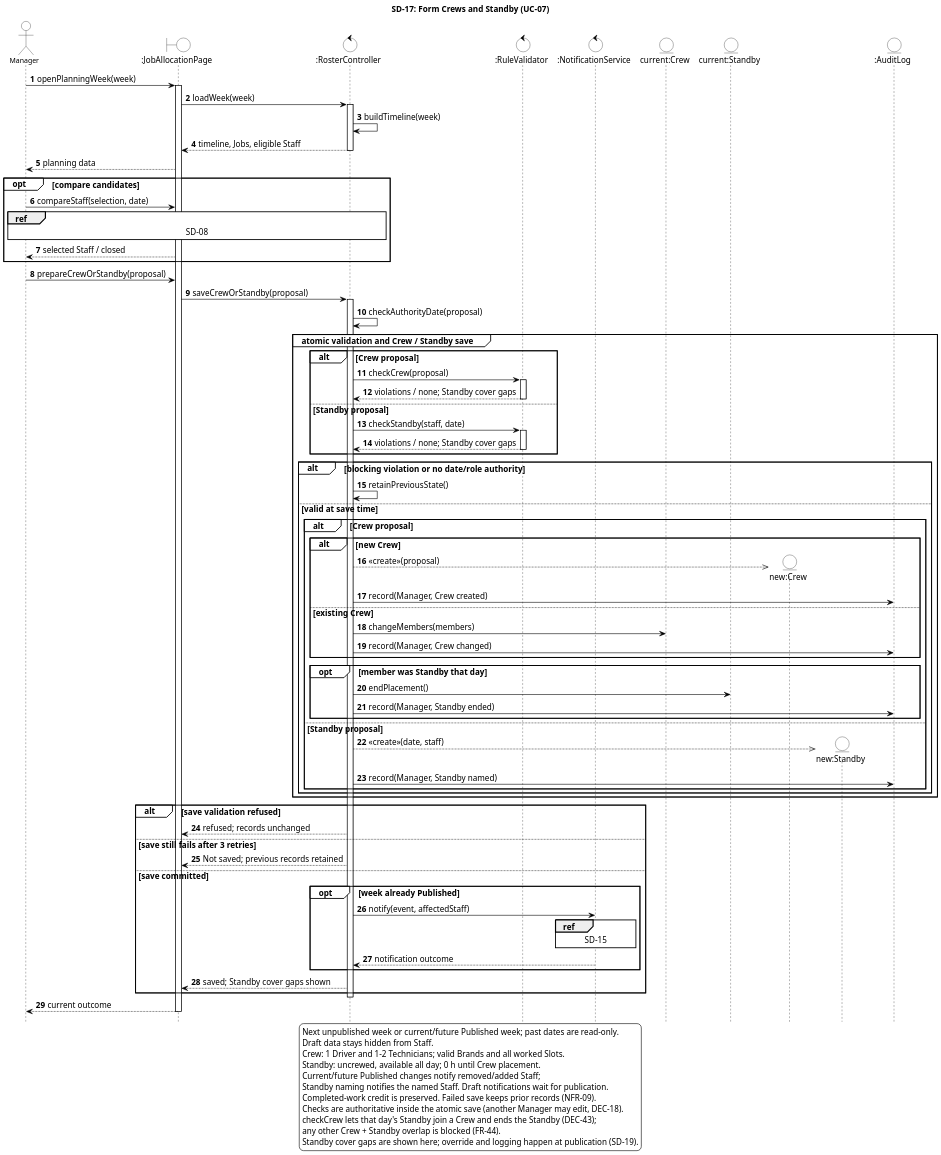
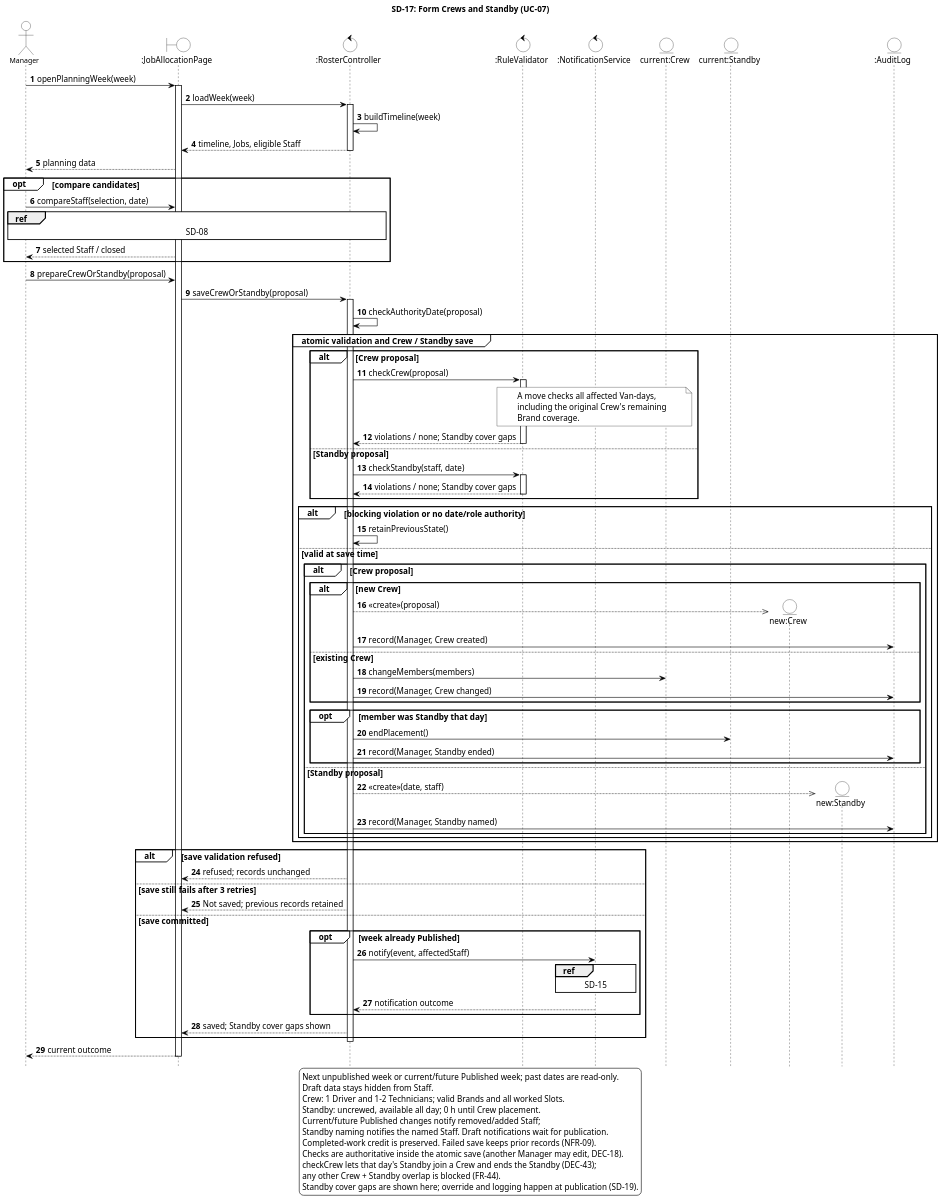
One commit to ZadeNova/inf2001-SE changed the diagram in diagrams/SD-17-form-crews-and-standby.puml. Above: the diagram before and after it, drawn with PlantUML. The commit also changed 23 other files, not shown here.

```diff
--- a/diagrams/SD-17-form-crews-and-standby.puml
+++ b/diagrams/SD-17-form-crews-and-standby.puml
@@ -1,119 +1,124 @@
 @startuml SD-17-form-crews-and-standby
 skinparam backgroundColor white
 skinparam shadowing false
 skinparam defaultFontName Arial
 skinparam defaultFontSize 14
 skinparam ArrowColor black
 skinparam ParticipantBackgroundColor white
 skinparam ParticipantBorderColor black
 skinparam ActorBackgroundColor white
 skinparam ActorBorderColor black
 skinparam BoundaryBackgroundColor white
 skinparam BoundaryBorderColor black
 skinparam ControlBackgroundColor white
 skinparam ControlBorderColor black
 skinparam EntityBackgroundColor white
 skinparam EntityBorderColor black
 skinparam SequenceLifeLineBorderColor black
 skinparam SequenceGroupBorderColor black
 skinparam SequenceGroupBackgroundColor white
 skinparam SequenceReferenceBackgroundColor white
 skinparam SequenceReferenceBorderColor black
 skinparam NoteBackgroundColor white
 skinparam NoteBorderColor black
 skinparam dpi 150
 hide footbox
 skinparam maxMessageSize 300
 skinparam wrapWidth 300
 skinparam sequenceParticipantFontSize 12
 skinparam sequenceActorFontSize 12
 autonumber
 title SD-17: Form Crews and Standby (UC-07)
 ' Traces: UC-07, UC-08; FR-30, FR-32, FR-33, FR-41, FR-43, FR-44, FR-46, FR-50, FR-51, FR-55, FR-64, FR-66, FR-71; NFR-09
 ' Sources: DEC-09, DEC-19, DEC-39, DEC-43, DEC-55, DEC-56; DEC-57; sequence-diagram-review.md.
 ' Round-2 source: DEC-58; sequence-diagram-review-round-2.md.
+' Current questionnaire D2: DB01; DEC-69: validate all affected Crews.
 ' Consistency fix 2026-10-07: authoritative checks inside the atomic save (DEC-18, as SD-25);
 ' Standby moved into a Crew (DEC-43); Standby cover gaps shown, overridden at publication (FR-45, FR-71, DEC-19).
 actor Manager
 boundary ":JobAllocationPage" as Page
 control ":RosterController" as RC
 control ":RuleValidator" as RV
 control ":NotificationService" as NS
 entity "current:Crew" as CUR
 entity "current:Standby" as CSB
 entity "new:Crew" as Crew
 entity "new:Standby" as SB
 entity ":AuditLog" as AL
 
 Manager -> Page : openPlanningWeek(week)
 activate Page
 Page -> RC ++ : loadWeek(week)
 RC -> RC : buildTimeline(week)
 RC --> Page -- : timeline, Jobs, eligible Staff
 Page --> Manager : planning data
 opt compare candidates
   Manager -> Page : compareStaff(selection, date)
   ref over Manager, Page, RC : SD-08
   Page --> Manager : selected Staff / closed
 end
 Manager -> Page : prepareCrewOrStandby(proposal)
 Page -> RC ++ : saveCrewOrStandby(proposal)
 RC -> RC : checkAuthorityDate(proposal)
 group atomic validation and Crew / Standby save
   alt Crew proposal
     RC -> RV ++ : checkCrew(proposal)
+    note over CUR, RV
+      A move checks all affected Van-days,
+      including the original Crew's remaining Brand coverage.
+    end note
     RV --> RC -- : violations / none; Standby cover gaps
   else Standby proposal
     RC -> RV ++ : checkStandby(staff, date)
     RV --> RC -- : violations / none; Standby cover gaps
   end
   alt blocking violation or no date/role authority
     RC -> RC : retainPreviousState()
   else valid at save time
     alt Crew proposal
       alt new Crew
         RC -->> Crew ** : <<create>>(proposal)
         RC -> AL : record(Manager, Crew created)
       else existing Crew
         RC -> CUR : changeMembers(members)
         RC -> AL : record(Manager, Crew changed)
       end
       opt member was Standby that day
         RC -> CSB : endPlacement()
         RC -> AL : record(Manager, Standby ended)
       end
     else Standby proposal
       RC -->> SB ** : <<create>>(date, staff)
       RC -> AL : record(Manager, Standby named)
     end
   end
 end
 alt save validation refused
   RC --> Page : refused; records unchanged
 else save still fails after 3 retries
   RC --> Page : Not saved; previous records retained
 else save committed
   opt week already Published
     RC -> NS : notify(event, affectedStaff)
     ref over NS : SD-15
     NS --> RC : notification outcome
   end
   RC --> Page : saved; Standby cover gaps shown
 end
 deactivate RC
 Page --> Manager : current outcome
 deactivate Page
 legend bottom
 Next unpublished week or current/future Published week; past dates are read-only.
 Draft data stays hidden from Staff.
 Crew: 1 Driver and 1-2 Technicians; valid Brands and all worked Slots.
 Standby: uncrewed, available all day; 0 h until Crew placement.
 Current/future Published changes notify removed/added Staff;
 Standby naming notifies the named Staff. Draft notifications wait for publication.
 Completed-work credit is preserved. Failed save keeps prior records (NFR-09).
 Checks are authoritative inside the atomic save (another Manager may edit, DEC-18).
 checkCrew lets that day's Standby join a Crew and ends the Standby (DEC-43);
 any other Crew + Standby overlap is blocked (FR-44).
 Standby cover gaps are shown here; override and logging happen at publication (SD-19).
 endlegend
 @enduml
```
